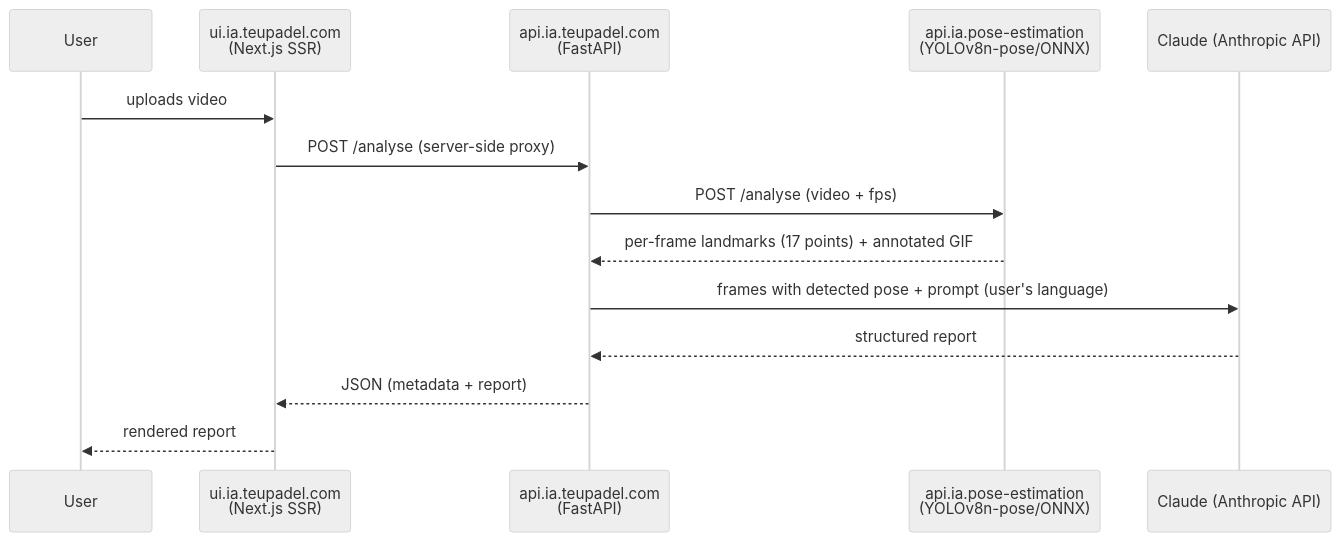
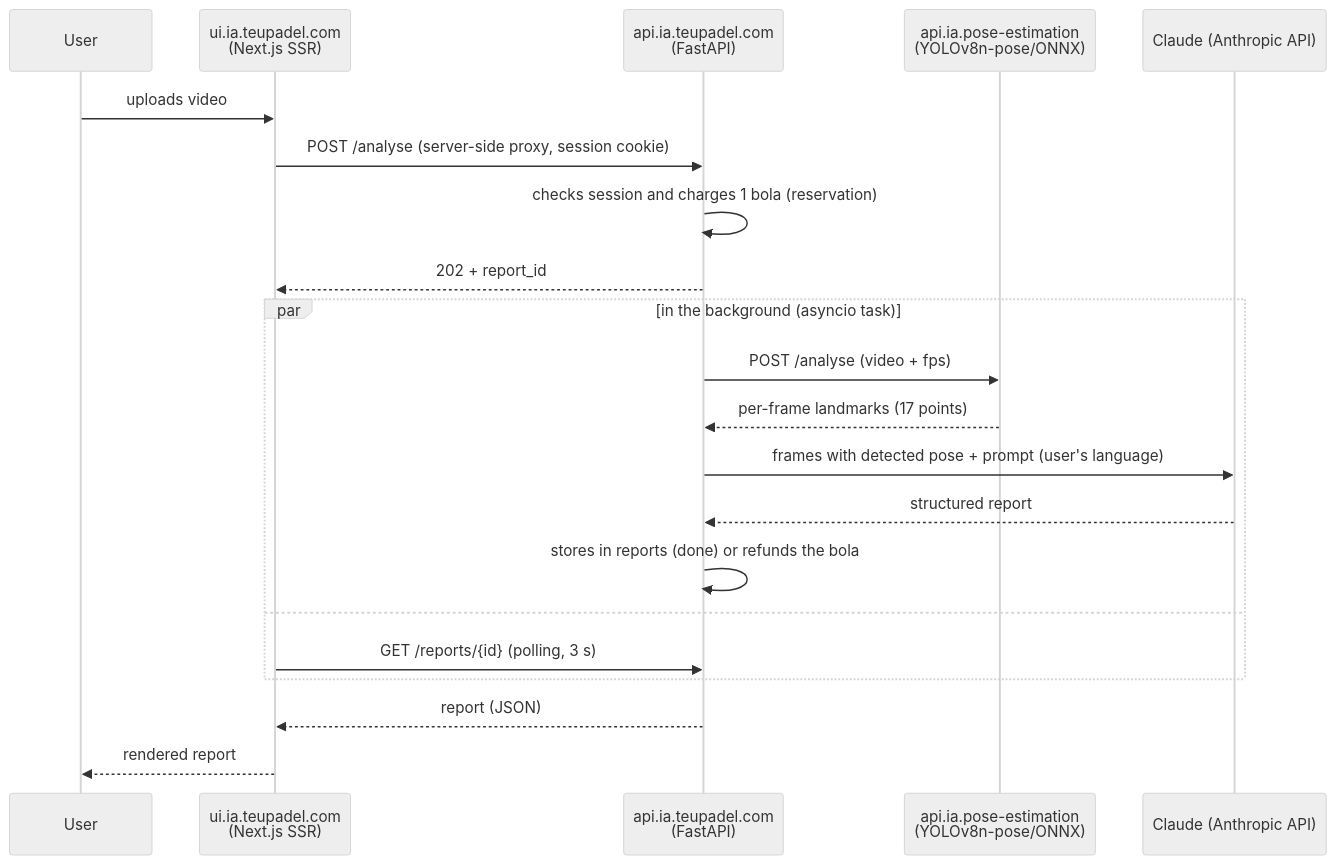
Before and after one commit to cmoreira-dev/docs.cmoreira-dev.github.io: the first of 2 diagrams in docs/docs/apps/teupadel.en.md, drawn with Mermaid (neutral theme). The commit also changed other lines of this file and 5 other files, not shown here.

````diff
--- a/docs/docs/apps/teupadel.en.md
+++ b/docs/docs/apps/teupadel.en.md
@@ -19,17 +19,24 @@
 ```mermaid
 sequenceDiagram
     participant U as User
     participant UI as ui.ia.teupadel.com<br/>(Next.js SSR)
     participant API as api.ia.teupadel.com<br/>(FastAPI)
     participant Pose as api.ia.pose-estimation<br/>(YOLOv8n-pose/ONNX)
     participant LLM as Claude (Anthropic API)
 
     U->>UI: uploads video
-    UI->>API: POST /analyse (server-side proxy)
-    API->>Pose: POST /analyse (video + fps)
-    Pose-->>API: per-frame landmarks (17 points) + annotated GIF
-    API->>LLM: frames with detected pose + prompt (user's language)
-    LLM-->>API: structured report
-    API-->>UI: JSON (metadata + report)
+    UI->>API: POST /analyse (server-side proxy, session cookie)
+    API->>API: checks session and charges 1 bola (reservation)
+    API-->>UI: 202 + report_id
+    par in the background (asyncio task)
+        API->>Pose: POST /analyse (video + fps)
+        Pose-->>API: per-frame landmarks (17 points)
+        API->>LLM: frames with detected pose + prompt (user's language)
+        LLM-->>API: structured report
+        API->>API: stores in reports (done) or refunds the bola
+    and
+        UI->>API: GET /reports/{id} (polling, 3 s)
+    end
+    API-->>UI: report (JSON)
     UI-->>U: rendered report
 ```
````
